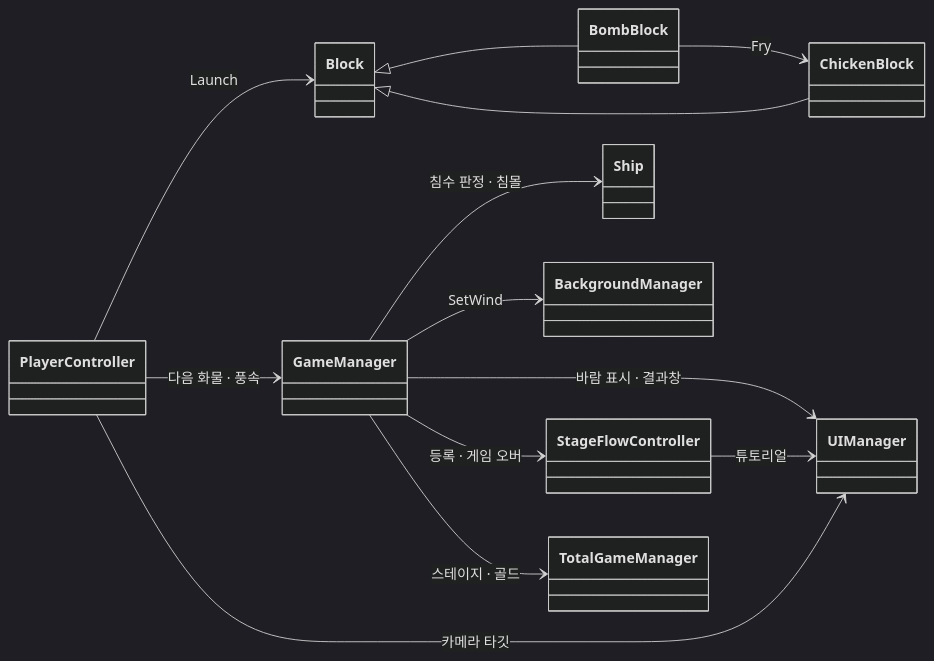
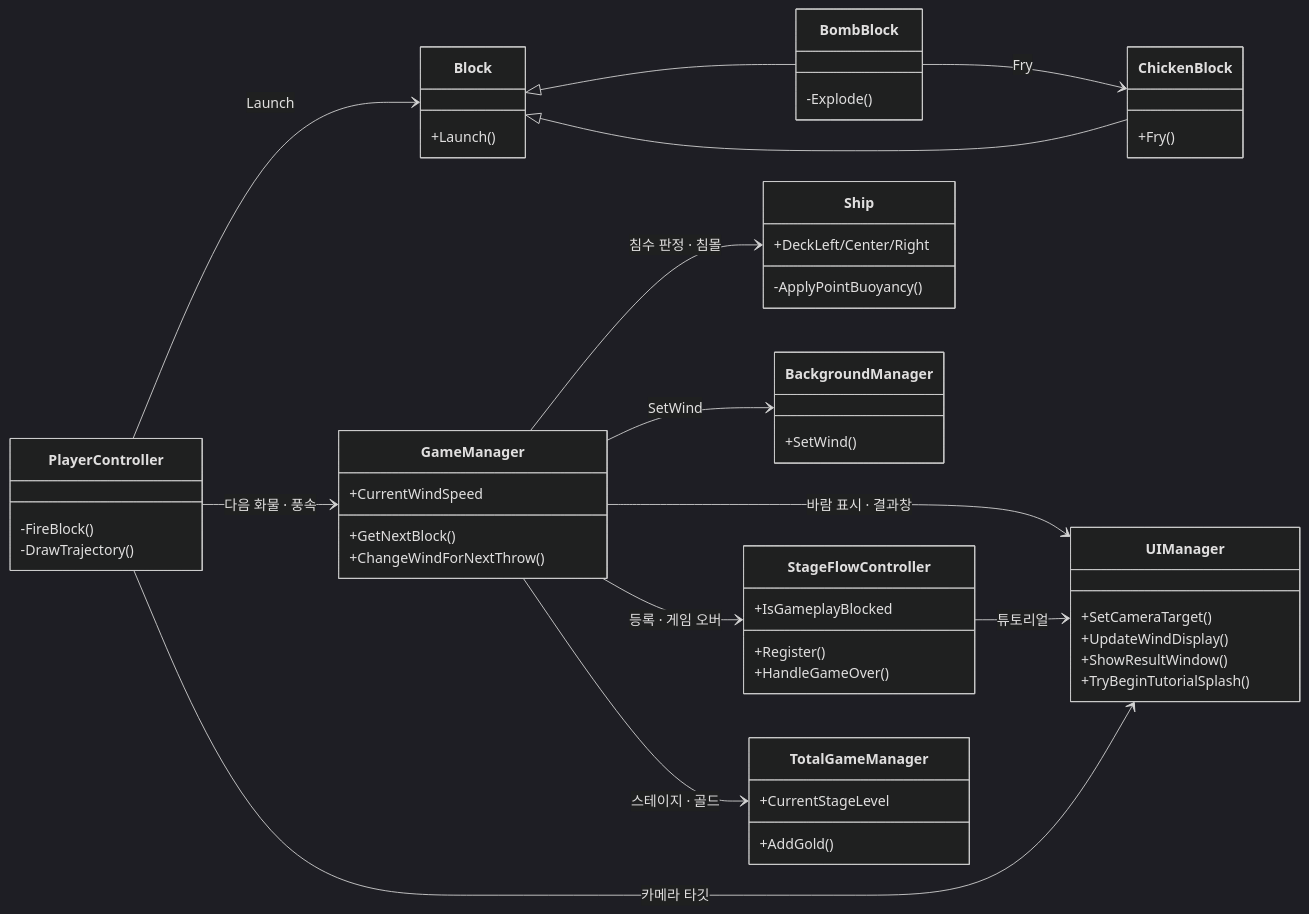
Before and after one commit to ashadeveloperr/ashadeveloperr.github.io: the diagram in src/2-project-babel/기술문서.md, drawn with Mermaid (dark theme). The commit also changed other lines of this file and 12 other files, not shown here.

````diff
--- a/src/2-project-babel/기술문서.md
+++ b/src/2-project-babel/기술문서.md
@@ -39,25 +39,65 @@
 ```mermaid
 classDiagram
   direction LR
   Block <|-- BombBlock
   Block <|-- ChickenBlock
   %% PlayerController.cs 158
   PlayerController --> Block : Launch
   %% PlayerController.cs 168, 212
   PlayerController --> GameManager : 다음 화물 · 풍속
   %% PlayerController.cs 113, 159, 204
   PlayerController --> UIManager : 카메라 타깃
   %% GameManager.cs 321, 557
   GameManager --> Ship : 침수 판정 · 침몰
   %% GameManager.cs 198
   GameManager --> BackgroundManager : SetWind
   %% GameManager.cs 203, 507
   GameManager --> UIManager : 바람 표시 · 결과창
   %% GameManager.cs 112, 407
   GameManager --> StageFlowController : 등록 · 게임 오버
   GameManager --> TotalGameManager : 스테이지 · 골드
   %% StageFlowController.cs 103
   StageFlowController --> UIManager : 튜토리얼
   %% BombBlock.cs 230
   BombBlock --> ChickenBlock : Fry
+  class PlayerController {
+    -FireBlock()
+    -DrawTrajectory()
+  }
+  class Block {
+    +Launch()
+  }
+  class BombBlock {
+    -Explode()
+  }
+  class ChickenBlock {
+    +Fry()
+  }
+  class GameManager {
+    +CurrentWindSpeed
+    +GetNextBlock()
+    +ChangeWindForNextThrow()
+  }
+  class Ship {
+    +DeckLeft/Center/Right
+    -ApplyPointBuoyancy()
+  }
+  class BackgroundManager {
+    +SetWind()
+  }
+  class UIManager {
+    +SetCameraTarget()
+    +UpdateWindDisplay()
+    +ShowResultWindow()
+    +TryBeginTutorialSplash()
+  }
+  class StageFlowController {
+    +IsGameplayBlocked
+    +Register()
+    +HandleGameOver()
+  }
+  class TotalGameManager {
+    +CurrentStageLevel
+    +AddGold()
+  }
 ```
````
